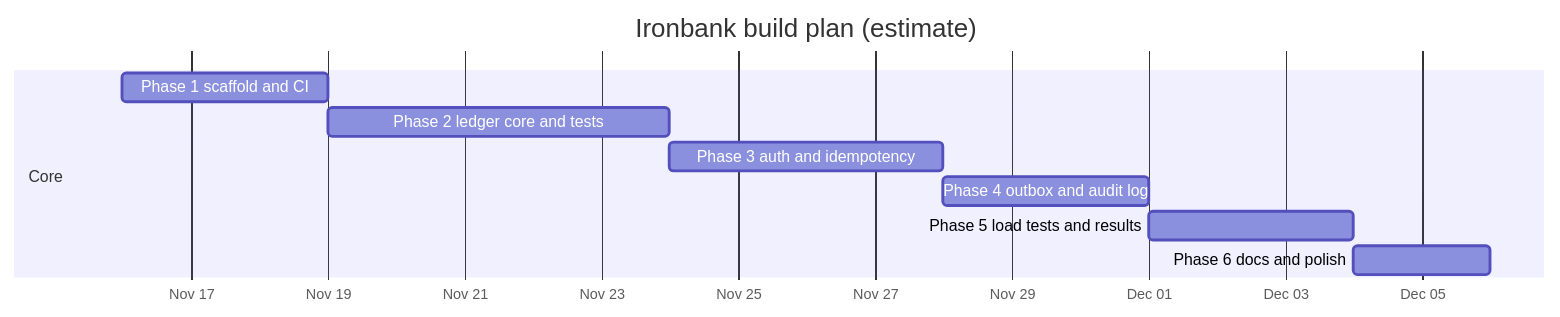
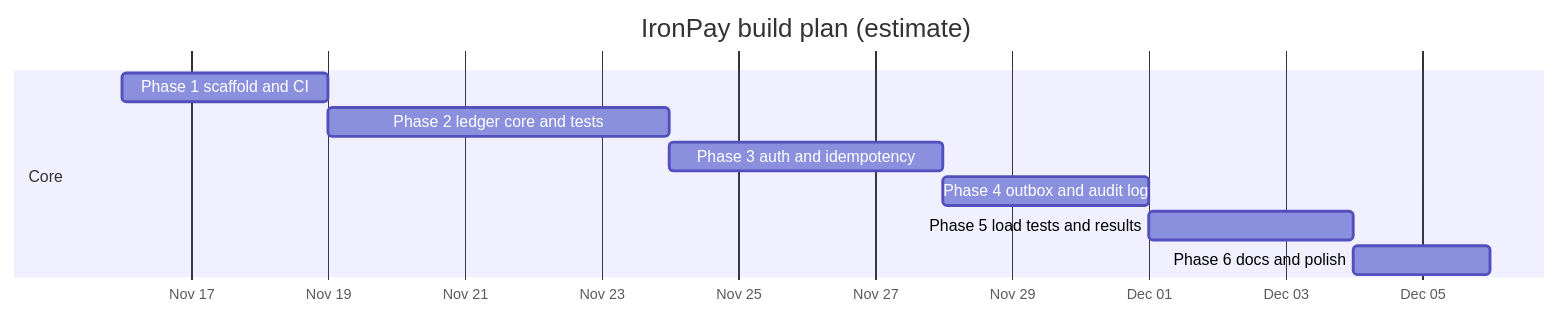
The seventh of 7 diagrams in INFO.md (striderzz/IronPay-LedgerAPI), drawn with Mermaid before and after one commit. The commit also changed other lines of this file and 2 other files, not shown here.

````diff
--- a/INFO.md
+++ b/INFO.md
@@ -300,13 +300,13 @@
 ```mermaid
 gantt
-    title Ironbank build plan (estimate)
+    title IronPay build plan (estimate)
     dateFormat YYYY-MM-DD
     axisFormat %b %d
     section Core
     Phase 1 scaffold and CI           :p1, 2026-11-16, 3d
     Phase 2 ledger core and tests     :p2, after p1, 5d
     Phase 3 auth and idempotency      :p3, after p2, 4d
     Phase 4 outbox and audit log      :p4, after p3, 3d
     Phase 5 load tests and results    :p5, after p4, 3d
     Phase 6 docs and polish           :p6, after p5, 2d
 ```
````
